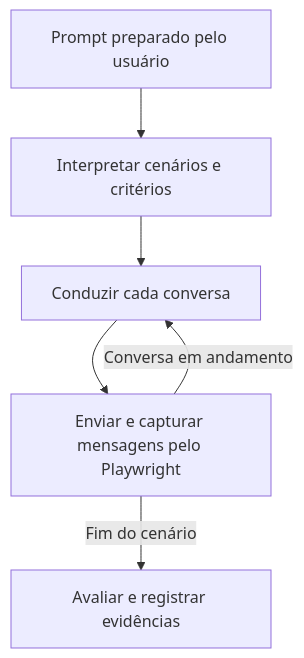
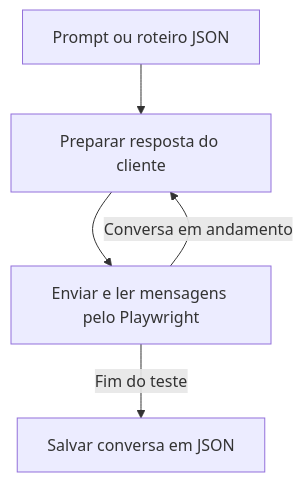
Before and after one commit to PHEvers/ChatProbe: the diagram in README.md, drawn with Mermaid. The commit also changed other lines of this file and 19 other files, not shown here.

````diff
--- a/README.md
+++ b/README.md
@@ -84,8 +105,7 @@
 ```mermaid
 flowchart TD
-    A[Prompt preparado pelo usuário] --> B[Interpretar cenários e critérios]
-    B --> C[Conduzir cada conversa]
-    C --> D[Enviar e capturar mensagens pelo Playwright]
-    D -->|Conversa em andamento| C
-    D -->|Fim do cenário| E[Avaliar e registrar evidências]
+    A[Prompt ou roteiro JSON] --> B[Preparar resposta do cliente]
+    B --> C[Enviar e ler mensagens pelo Playwright]
+    C -->|Conversa em andamento| B
+    C -->|Fim do teste| D[Salvar conversa em JSON]
 ```
````
